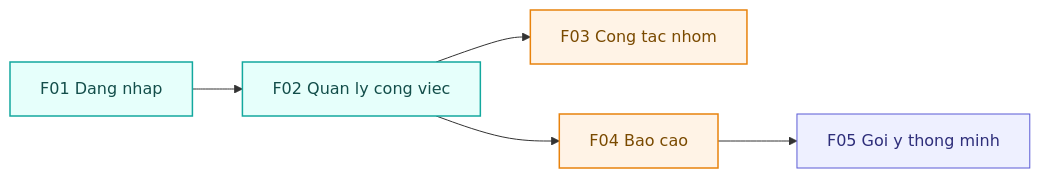
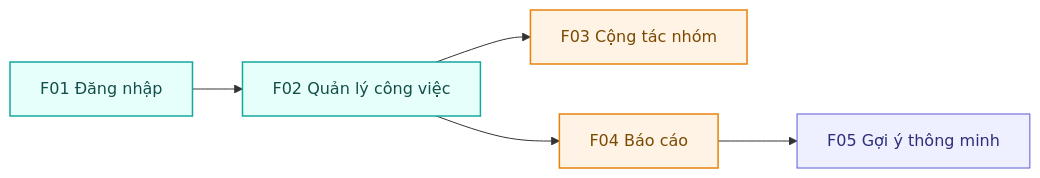
The second of 2 diagrams in .claude/skills/ba-discover/assets/roadmap-template.md (nghikc/veriline), drawn with Mermaid before and after one commit. The commit also changed other lines of this file and 77 other files, not shown here.

Commit message:
feat(release): dong bo tu repo phat trien — goi Advance, bang chuyen trang thai, check-flow/check-state, gantt, nguon Figma, prototype, tang anh ac-audit-web (xuat tu ceeeac7)

````diff
--- a/.claude/skills/ba-discover/assets/roadmap-template.md
+++ b/.claude/skills/ba-discover/assets/roadmap-template.md
@@ -70,17 +72,17 @@
 ```mermaid
 flowchart LR
-    F01["F01 Dang nhap"]:::now
-    F02["F02 Quan ly cong viec"]:::now
-    F03["F03 Cong tac nhom"]:::next
-    F04["F04 Bao cao"]:::next
-    F05["F05 Goi y thong minh"]:::later
+    F01["F01 Đăng nhập"]:::now
+    F02["F02 Quản lý công việc"]:::now
+    F03["F03 Cộng tác nhóm"]:::next
+    F04["F04 Báo cáo"]:::next
+    F05["F05 Gợi ý thông minh"]:::later
 
     F01 --> F02
     F02 --> F03
     F02 --> F04
     F04 --> F05
 
     classDef now fill:#e6fffb,stroke:#13a89e,stroke-width:1.5px,color:#134e4a
     classDef next fill:#fff3e6,stroke:#e8820c,stroke-width:1.5px,color:#7a4a00
     classDef later fill:#eef0ff,stroke:#5b5bd6,color:#2e2e7a
 ```
````
